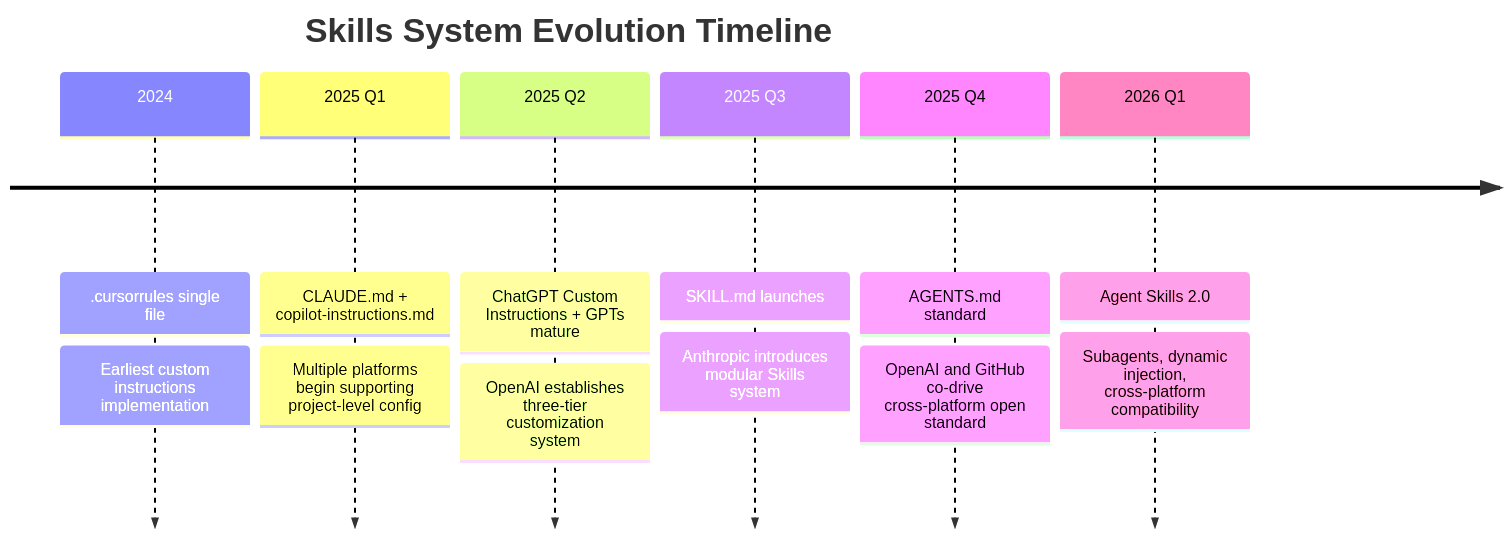
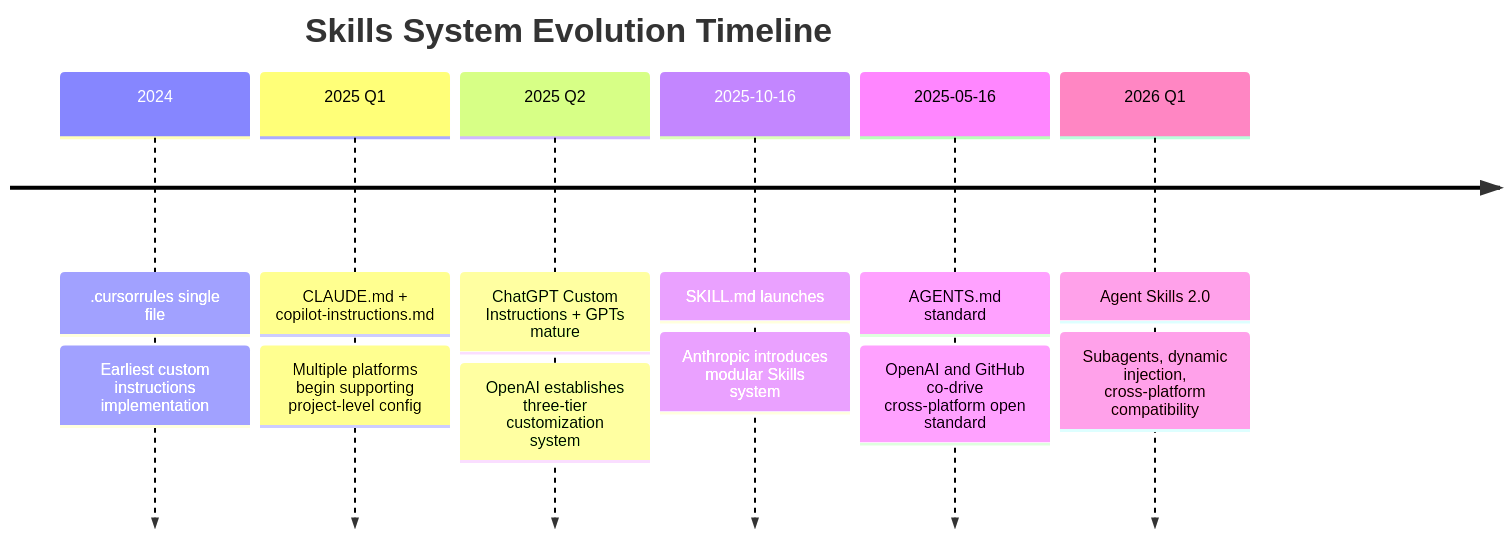
One commit to ifnodoraemon/ifnodoraemon.github.io changed the seventh of 8 diagrams in content/en/articles/skills-guide.en.md. Above: the diagram before and after it, drawn with Mermaid. The commit also changed 16 other files, not shown here.

````diff
--- a/content/en/articles/skills-guide.en.md
+++ b/content/en/articles/skills-guide.en.md
@@ -551,10 +551,10 @@
 ```mermaid
 timeline
     title Skills System Evolution Timeline
     2024 : .cursorrules single file : Earliest custom instructions implementation
     2025 Q1 : CLAUDE.md + copilot-instructions.md : Multiple platforms begin supporting project-level config
     2025 Q2 : ChatGPT Custom Instructions + GPTs mature : OpenAI establishes three-tier customization system
-    2025 Q3 : SKILL.md launches : Anthropic introduces modular Skills system
-    2025 Q4 : AGENTS.md standard : OpenAI and GitHub co-drive cross-platform open standard
+    2025-10-16 : SKILL.md launches : Anthropic introduces modular Skills system
+    2025-05-16 : AGENTS.md standard : OpenAI and GitHub co-drive cross-platform open standard
     2026 Q1 : Agent Skills 2.0 : Subagents, dynamic injection, cross-platform compatibility
 ```
````
